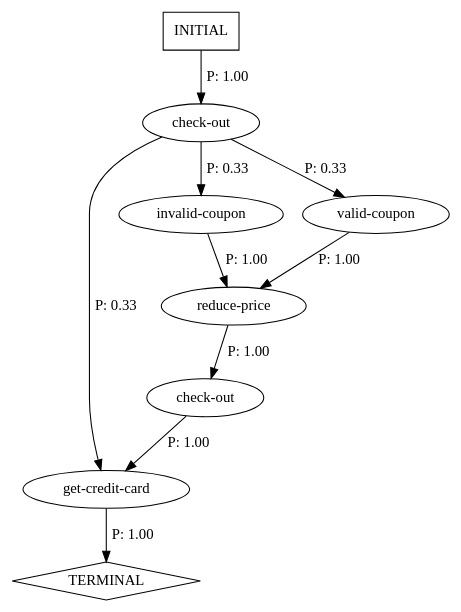
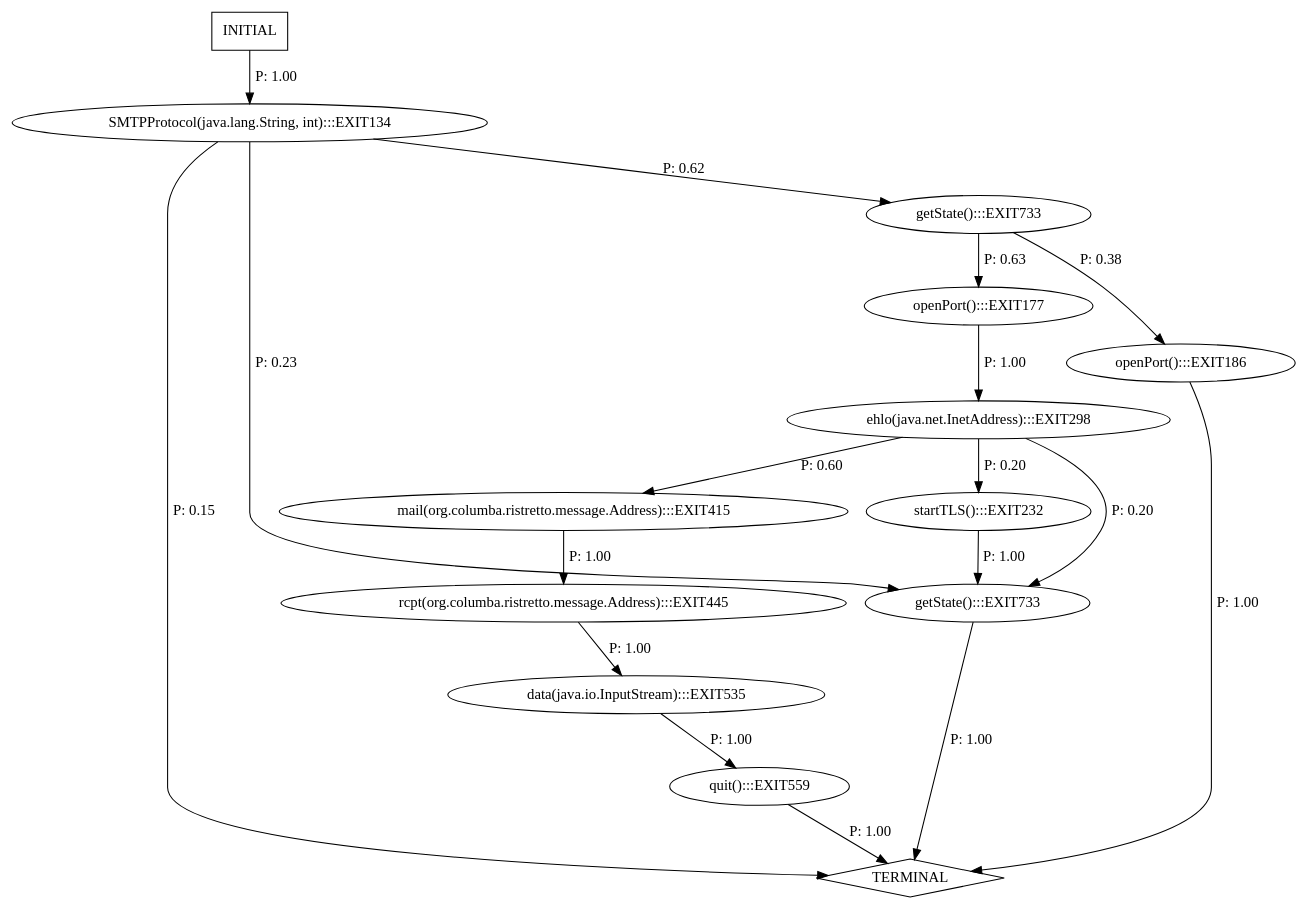
The diagram in bestchai-perfume-frontend-85f927d03b0c/tmp/synoptictest.dot (annadeng/Universal-Model-Inference), drawn with Graphviz before and after one commit. The commit also changed 19 other files, not shown here.

```diff
--- a/bestchai-perfume-frontend-85f927d03b0c/tmp/synoptictest.dot
+++ b/bestchai-perfume-frontend-85f927d03b0c/tmp/synoptictest.dot
@@ -1,19 +1,32 @@
 digraph G {
-  0 [label="check-out"];
-  1 [label="check-out"];
-  2 [label="get-credit-card"];
-  3 [label="invalid-coupon"];
-  4 [label="reduce-price"];
-  5 [label="valid-coupon"];
-  6 [label="TERMINAL",shape=diamond];
-  7 [label="INITIAL",shape=box];
-0->2 [label="P: 1.00"];
-1->2 [label="P: 0.33"];
-1->3 [label="P: 0.33"];
-1->5 [label="P: 0.33"];
-2->6 [label="P: 1.00"];
-3->4 [label="P: 1.00"];
-4->0 [label="P: 1.00"];
-5->4 [label="P: 1.00"];
-7->1 [label="P: 1.00"];
+  0 [label="SMTPProtocol(java.lang.String, int):::EXIT134"];
+  1 [label="data(java.io.InputStream):::EXIT535"];
+  2 [label="ehlo(java.net.InetAddress):::EXIT298"];
+  3 [label="getState():::EXIT733"];
+  4 [label="getState():::EXIT733"];
+  5 [label="mail(org.columba.ristretto.message.Address):::EXIT415"];
+  6 [label="openPort():::EXIT177"];
+  7 [label="openPort():::EXIT186"];
+  8 [label="quit():::EXIT559"];
+  9 [label="rcpt(org.columba.ristretto.message.Address):::EXIT445"];
+  10 [label="startTLS():::EXIT232"];
+  11 [label="TERMINAL",shape=diamond];
+  12 [label="INITIAL",shape=box];
+0->3 [label="P: 0.23"];
+0->4 [label="P: 0.62"];
+0->11 [label="P: 0.15"];
+1->8 [label="P: 1.00"];
+2->3 [label="P: 0.20"];
+2->5 [label="P: 0.60"];
+2->10 [label="P: 0.20"];
+3->11 [label="P: 1.00"];
+4->6 [label="P: 0.63"];
+4->7 [label="P: 0.38"];
+5->9 [label="P: 1.00"];
+6->2 [label="P: 1.00"];
+7->11 [label="P: 1.00"];
+8->11 [label="P: 1.00"];
+9->1 [label="P: 1.00"];
+10->3 [label="P: 1.00"];
+12->0 [label="P: 1.00"];
 }
```
